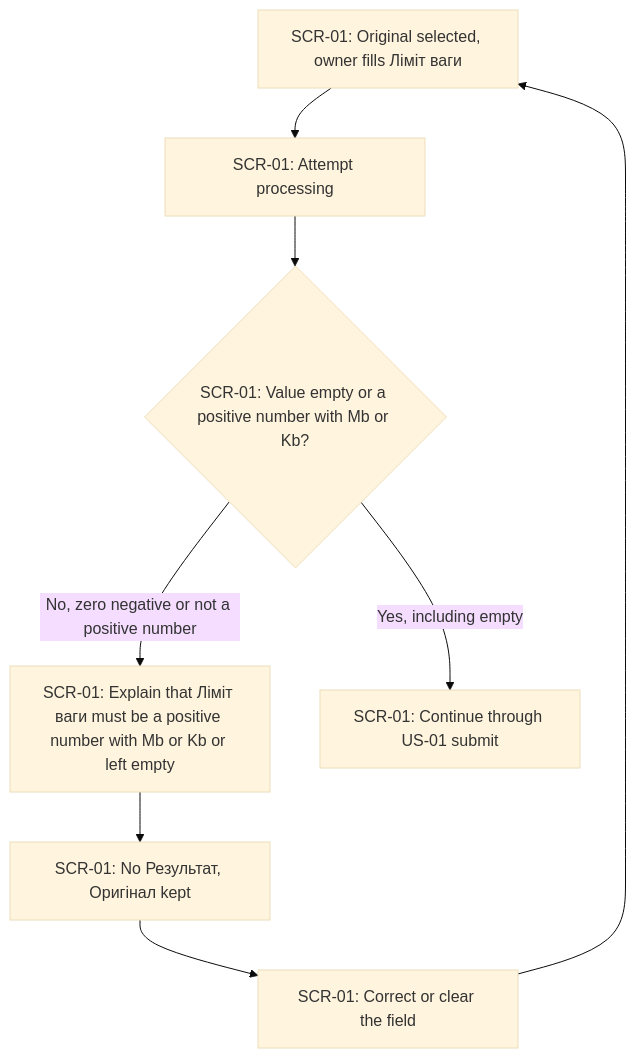
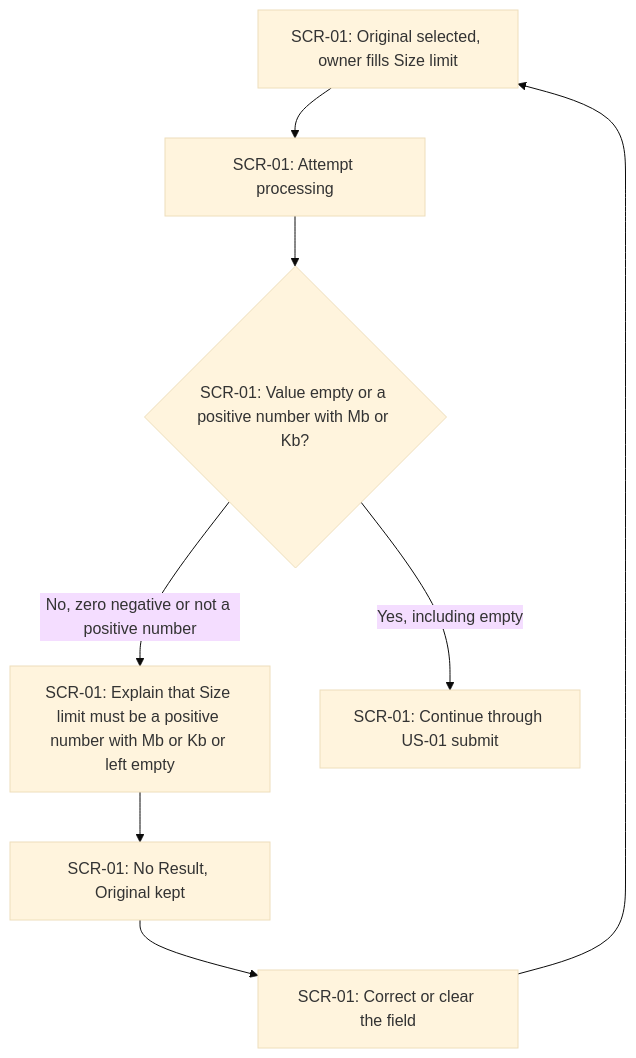
The fifth of 5 diagrams in docs/features/image-size-limit/ux-flows.md (shved270189/image_compressor), drawn with Mermaid (base theme) before and after one commit. The commit also changed other lines of this file and 46 other files, not shown here.

````diff
--- a/docs/features/image-size-limit/ux-flows.md
+++ b/docs/features/image-size-limit/ux-flows.md
@@ -152,17 +152,17 @@
 ```mermaid
 flowchart TD
-    S5_EDIT["SCR-01: Original selected, owner fills Ліміт ваги"]
+    S5_EDIT["SCR-01: Original selected, owner fills Size limit"]
     S5_ATTEMPT["SCR-01: Attempt processing"]
     S5_VALID{"SCR-01: Value empty or a positive number with Mb or Kb?"}
-    S5_ERROR["SCR-01: Explain that Ліміт ваги must be a positive number with Mb or Kb or left empty"]
-    S5_KEEP["SCR-01: No Результат, Оригінал kept"]
+    S5_ERROR["SCR-01: Explain that Size limit must be a positive number with Mb or Kb or left empty"]
+    S5_KEEP["SCR-01: No Result, Original kept"]
     S5_FIX["SCR-01: Correct or clear the field"]
     S5_OK["SCR-01: Continue through US-01 submit"]
     S5_EDIT --> S5_ATTEMPT
     S5_ATTEMPT --> S5_VALID
     S5_VALID -->|No, zero negative or not a positive number| S5_ERROR
     S5_ERROR --> S5_KEEP
     S5_KEEP --> S5_FIX
     S5_FIX --> S5_EDIT
     S5_VALID -->|Yes, including empty| S5_OK
 ```
````
